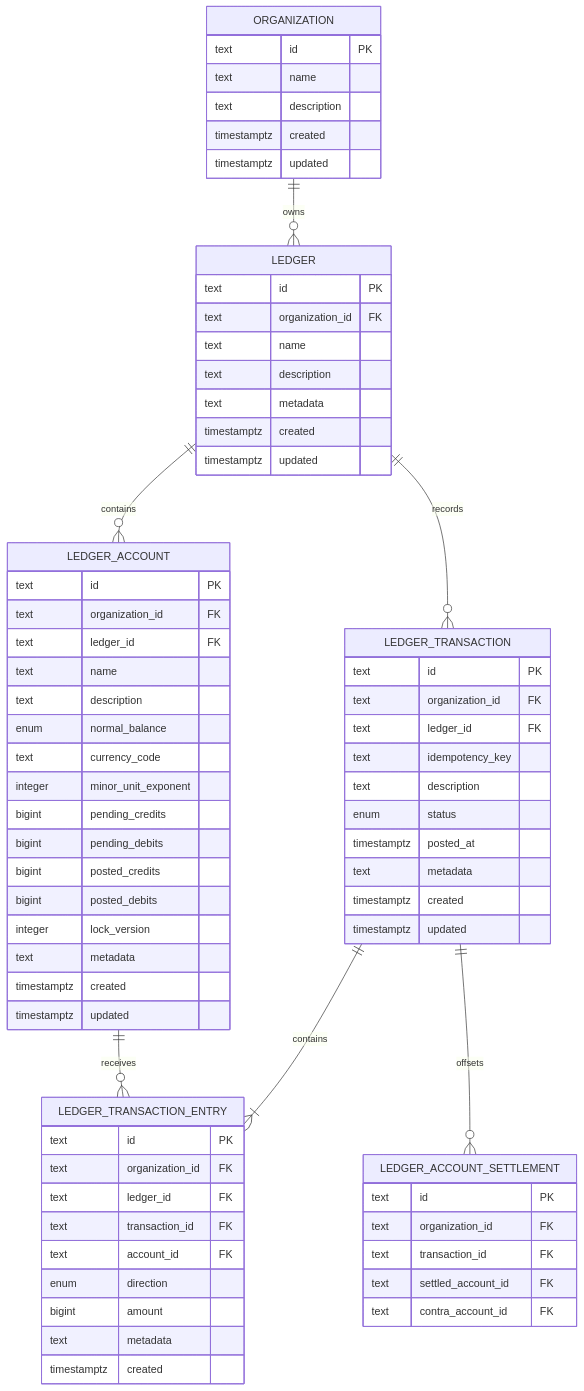
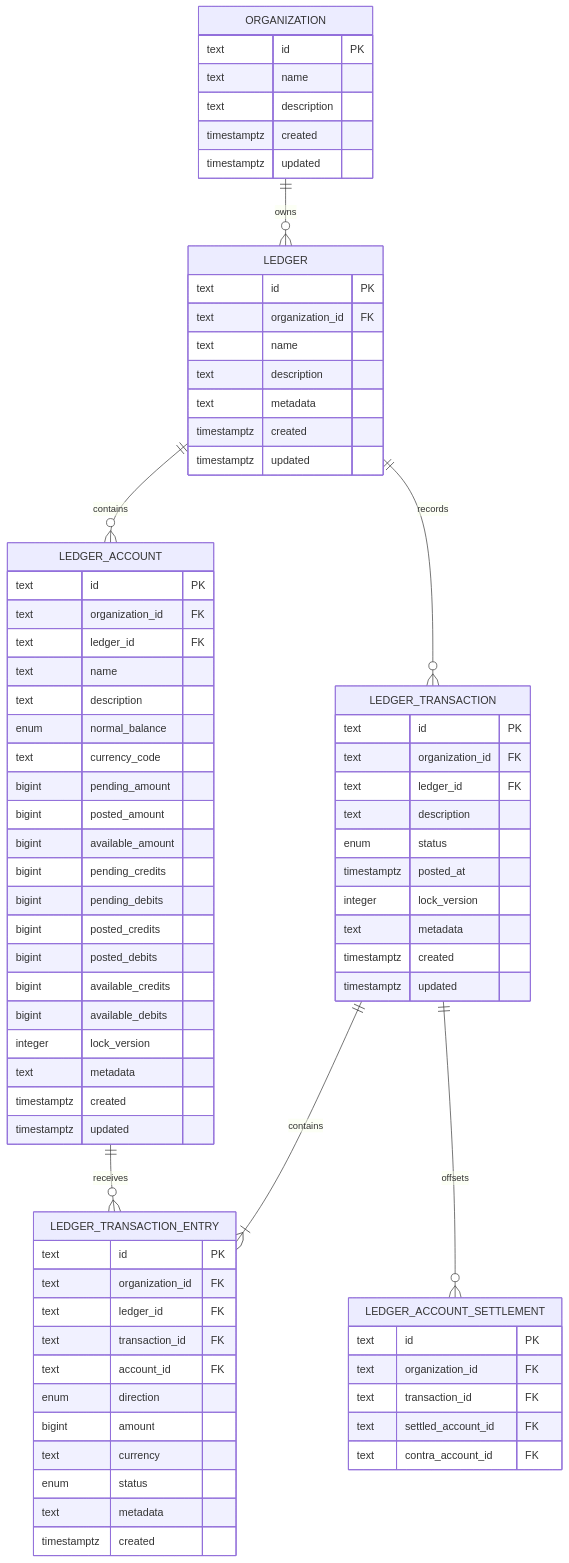
Before and after one commit to martinffx/exchequerio: the diagram in apps/api/docs/product/erd.md, drawn with Mermaid. The commit also changed other lines of this file and 17 other files, not shown here.

```diff
--- a/apps/api/docs/product/erd.md
+++ b/apps/api/docs/product/erd.md
@@ -31,11 +31,15 @@
         text description
         enum normal_balance
         text currency_code
-        integer minor_unit_exponent
+        bigint pending_amount
+        bigint posted_amount
+        bigint available_amount
         bigint pending_credits
         bigint pending_debits
         bigint posted_credits
         bigint posted_debits
+        bigint available_credits
+        bigint available_debits
         integer lock_version
         text metadata
         timestamptz created
@@ -46,10 +50,10 @@
         text id PK
         text organization_id FK
         text ledger_id FK
-        text idempotency_key
         text description
         enum status
         timestamptz posted_at
+        integer lock_version
         text metadata
         timestamptz created
         timestamptz updated
@@ -63,6 +67,8 @@
         text account_id FK
         enum direction
         bigint amount
+        text currency
+        enum status
         text metadata
         timestamptz created
     }
```
